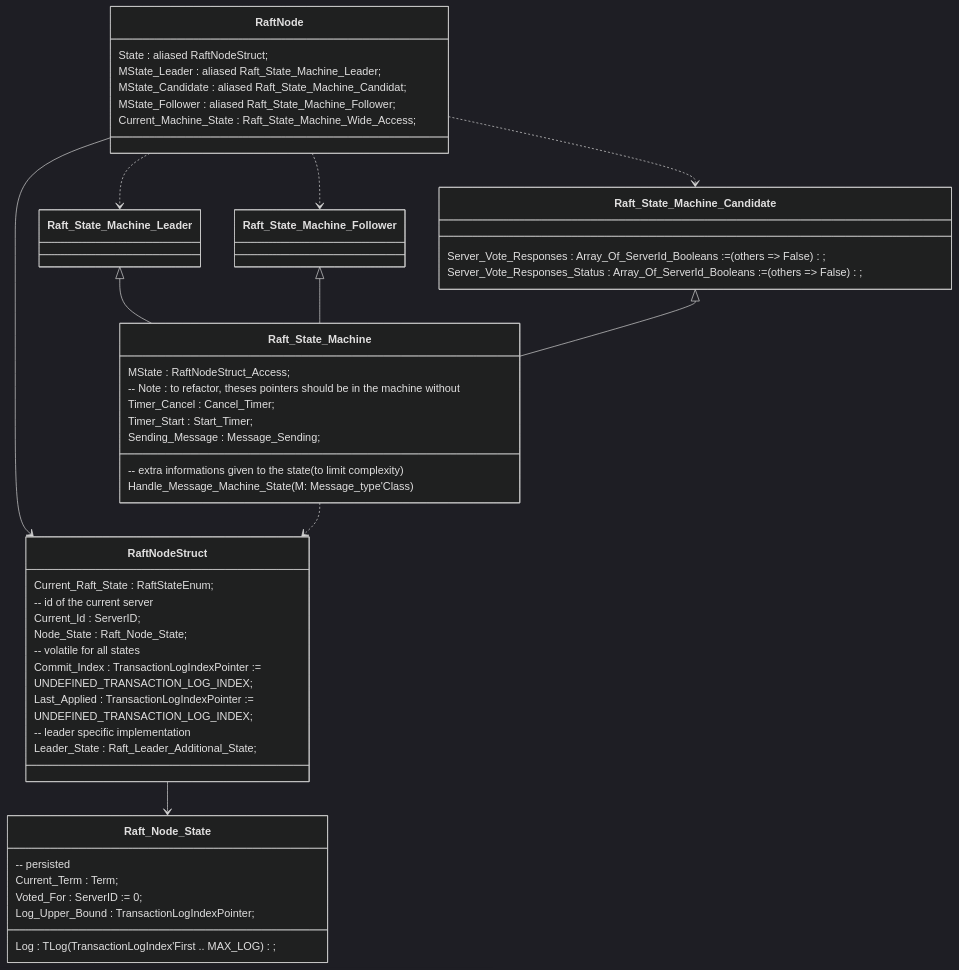
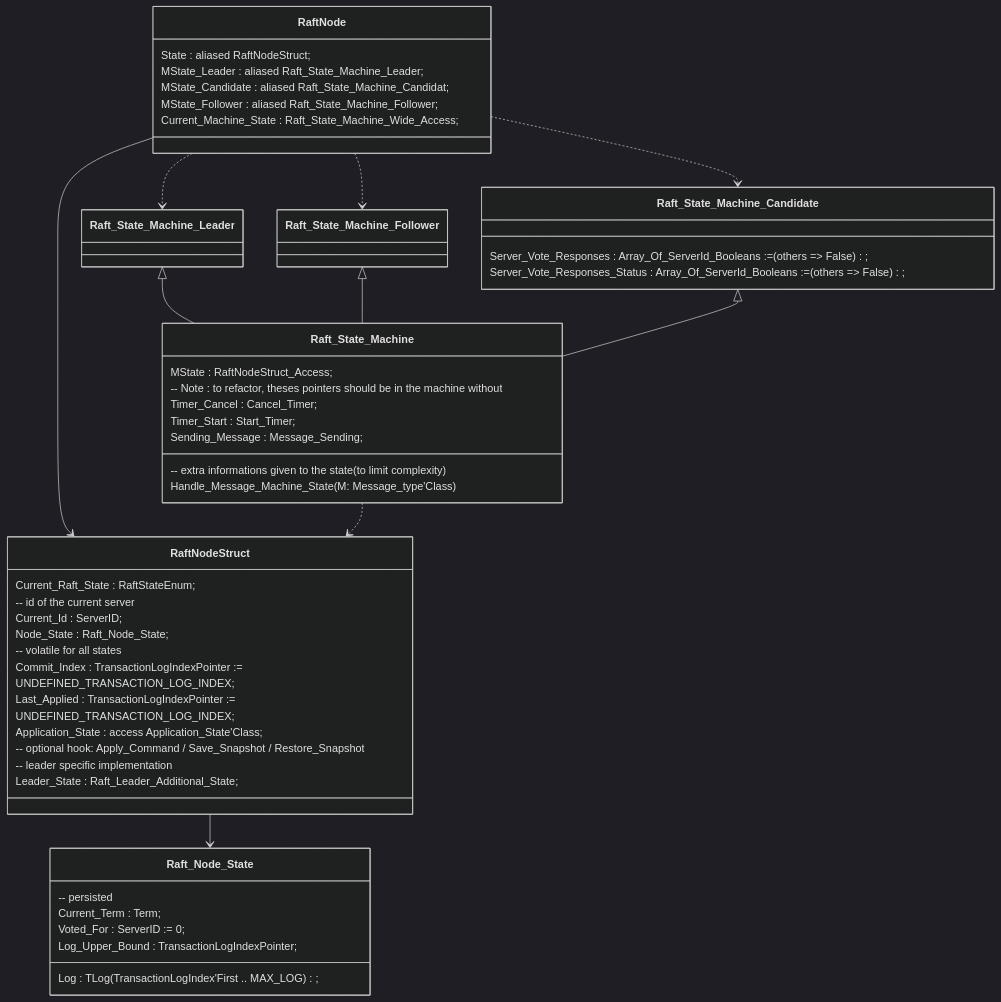
One commit to frett27/Ada-Raft changed the second of 2 diagrams in doc/conception.md. Above: the diagram before and after it, drawn with Mermaid (dark theme). The commit also changed other lines of this file and 12 other files, not shown here.

Commit message:
add application state, and snapshot, log compaction

````diff
--- a/doc/conception.md
+++ b/doc/conception.md
@@ -94,70 +94,73 @@
 ```mermaid
 classDiagram
 
 	class RaftNode {
 	
         State : aliased RaftNodeStruct;
 
         MState_Leader    : aliased Raft_State_Machine_Leader;
         MState_Candidate : aliased Raft_State_Machine_Candidat;
         MState_Follower  : aliased Raft_State_Machine_Follower;
 
         Current_Machine_State : Raft_State_Machine_Wide_Access;
     }
     
     RaftNode ..> Raft_State_Machine_Leader
     RaftNode ..> Raft_State_Machine_Follower
     RaftNode ..> Raft_State_Machine_Candidate
     
     class RaftNodeStruct {
         Current_Raft_State : RaftStateEnum;
 
         -- id of the current server
         Current_Id : ServerID;
 
         Node_State : Raft_Node_State;
 
         -- volatile for all states
         Commit_Index : TransactionLogIndexPointer :=
          UNDEFINED_TRANSACTION_LOG_INDEX;
         Last_Applied : TransactionLogIndexPointer :=
          UNDEFINED_TRANSACTION_LOG_INDEX;
+
+        Application_State : access Application_State'Class;
+        --  optional hook: Apply_Command / Save_Snapshot / Restore_Snapshot
 
         -- leader specific implementation
         Leader_State : Raft_Leader_Additional_State;
     }
     
     RaftNode --> RaftNodeStruct
     RaftNodeStruct --> Raft_Node_State
     class Raft_Node_State {
         -- persisted
         Current_Term    : Term;
         Voted_For       : ServerID := 0;
         Log             : TLog (TransactionLogIndex'First .. MAX_LOG);
         Log_Upper_Bound : TransactionLogIndexPointer;
     }
     
     class Raft_State_Machine {
     	 MState : RaftNodeStruct_Access;
 
         -- Note : to refactor, theses pointers should be in the machine without
         -- extra informations given to the state (to limit complexity)
         Timer_Cancel    : Cancel_Timer;
         Timer_Start     : Start_Timer;
         Sending_Message : Message_Sending;
         
         Handle_Message_Machine_State(M: Message_type'Class)
 
     }
     
     Raft_State_Machine ..> RaftNodeStruct
     
     Raft_State_Machine_Leader <|-- Raft_State_Machine
     Raft_State_Machine_Follower <|-- Raft_State_Machine
     Raft_State_Machine_Candidate <|-- Raft_State_Machine
     
     class Raft_State_Machine_Candidate {
         Server_Vote_Responses : Array_Of_ServerId_Booleans := (others => False);
         Server_Vote_Responses_Status : Array_Of_ServerId_Booleans := (others => False);
     }
 ```
````
